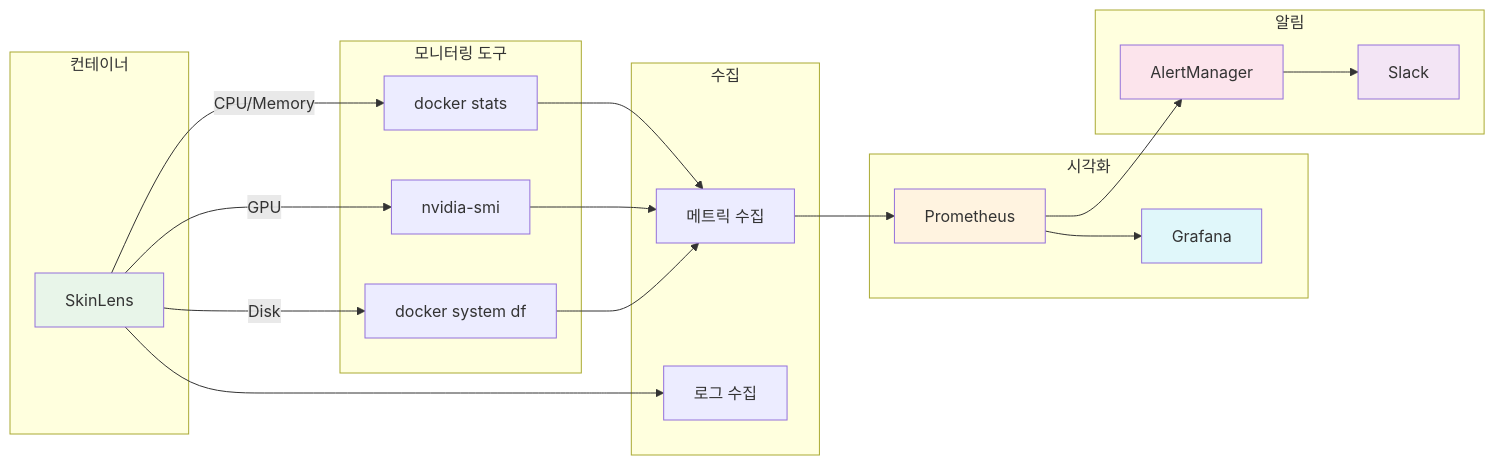
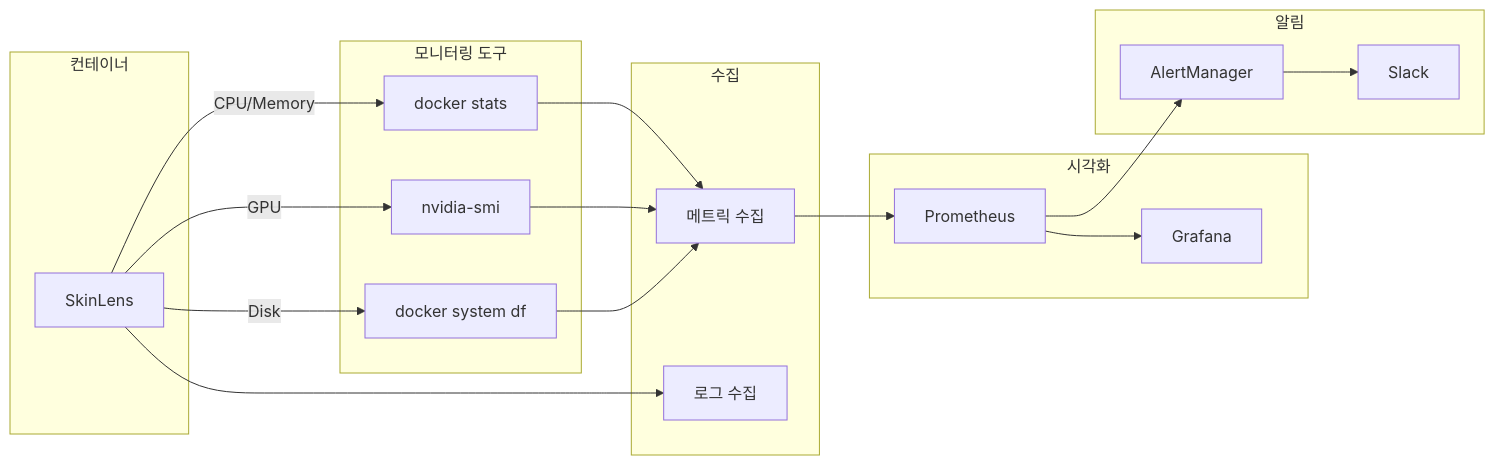
The fourth of 5 diagrams in docs/ops/LINUX_DOCKER_DEPLOYMENT.md (coteleafdev/SkinLens), drawn with Mermaid before and after one commit. The commit also changed other lines of this file, not shown here.

First line of the commit message:
Remove style settings from Mermaid diagrams for better visibility

````diff
--- a/docs/ops/LINUX_DOCKER_DEPLOYMENT.md
+++ b/docs/ops/LINUX_DOCKER_DEPLOYMENT.md
@@ -391,47 +378,41 @@
 ```mermaid
 graph LR
     subgraph "컨테이너"
         SkinLens[SkinLens]
     end
     
     subgraph "모니터링 도구"
         DockerStats[docker stats]
         NvidiaSMI[nvidia-smi]
         SystemDF[docker system df]
     end
     
     subgraph "수집"
         Metrics[메트릭 수집]
         Logs[로그 수집]
     end
     
     subgraph "시각화"
         Prometheus[Prometheus]
         Grafana[Grafana]
     end
     
     subgraph "알림"
         AlertManager[AlertManager]
         Slack[Slack]
     end
     
     SkinLens -->|CPU/Memory| DockerStats
     SkinLens -->|GPU| NvidiaSMI
     SkinLens -->|Disk| SystemDF
     
     DockerStats --> Metrics
     NvidiaSMI --> Metrics
     SystemDF --> Metrics
     SkinLens --> Logs
     
     Metrics --> Prometheus
     Prometheus --> Grafana
     Prometheus --> AlertManager
     AlertManager --> Slack
-    
-    style SkinLens fill:#e8f5e9
-    style Prometheus fill:#fff3e0
-    style Grafana fill:#e0f7fa
-    style AlertManager fill:#fce4ec
-    style Slack fill:#f3e5f5
 ```
````
